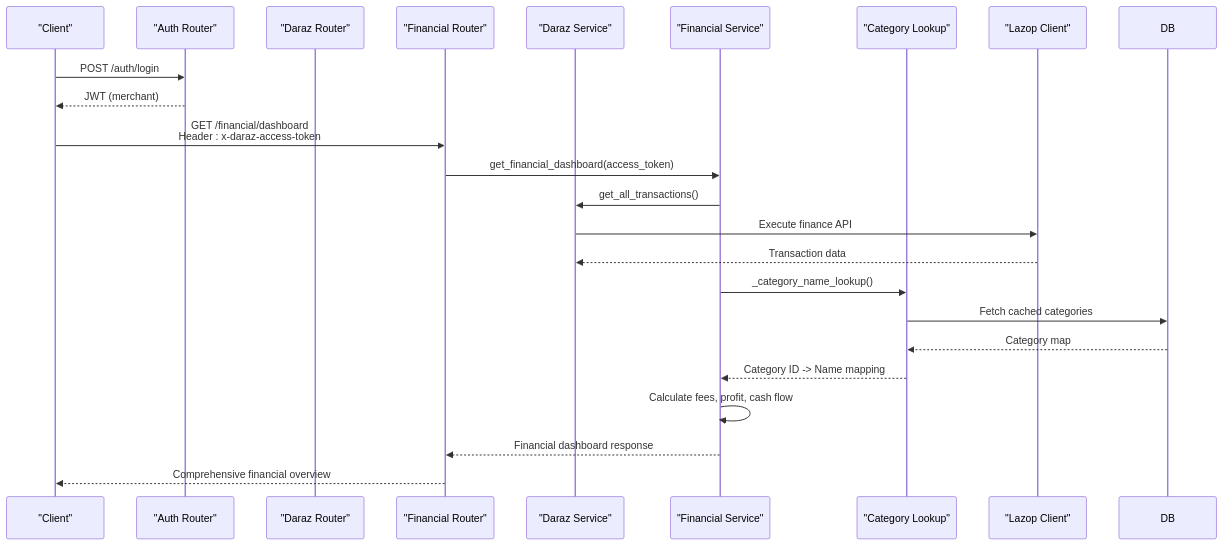
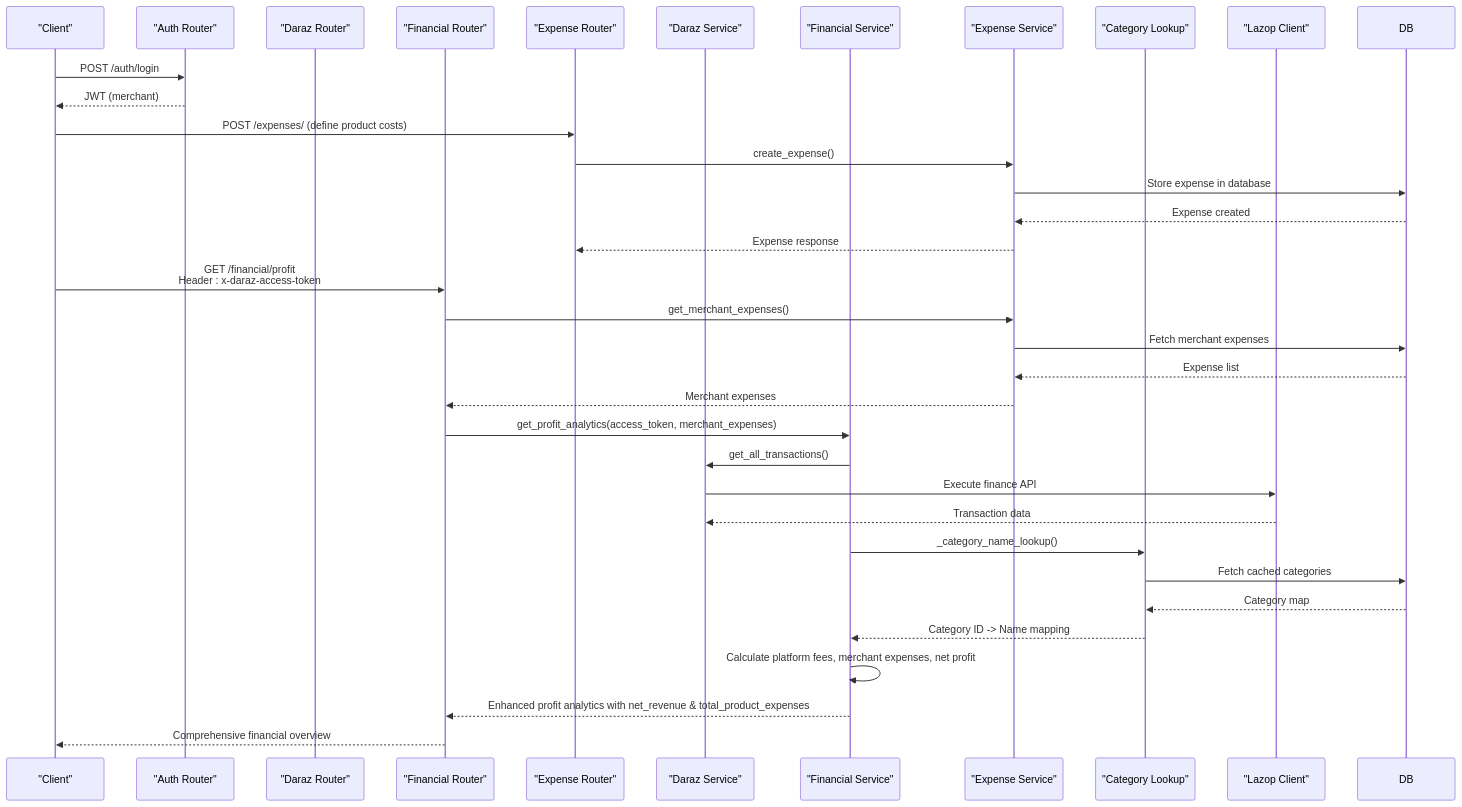
The second of 8 diagrams in .qoder/repowiki/en/content/API Reference/Marketplace Integration API/Daraz Integration API.md (Muhammad-Masood/tijarah-ai-backend), drawn with Mermaid before and after one commit. The commit also changed other lines of this file and 27 other files, not shown here.

````diff
--- a/.qoder/repowiki/en/content/API Reference/Marketplace Integration API/Daraz Integration API.md
+++ b/.qoder/repowiki/en/content/API Reference/Marketplace Integration API/Daraz Integration API.md
@@ -157,25 +177,36 @@
 ```mermaid
 sequenceDiagram
 participant C as "Client"
 participant A as "Auth Router"
 participant D as "Daraz Router"
 participant F as "Financial Router"
+participant E as "Expense Router"
 participant S as "Daraz Service"
 participant FS as "Financial Service"
+participant ES as "Expense Service"
 participant CL as "Category Lookup"
 participant L as "Lazop Client"
 C->>A : POST /auth/login
 A-->>C : JWT (merchant)
-C->>F : GET /financial/dashboard<br/>Header : x-daraz-access-token
-F->>FS : get_financial_dashboard(access_token)
+C->>E : POST /expenses/ (define product costs)
+E->>ES : create_expense()
+ES->>DB : Store expense in database
+DB-->>ES : Expense created
+ES-->>E : Expense response
+C->>F : GET /financial/profit<br/>Header : x-daraz-access-token
+F->>ES : get_merchant_expenses()
+ES->>DB : Fetch merchant expenses
+DB-->>ES : Expense list
+ES-->>F : Merchant expenses
+F->>FS : get_profit_analytics(access_token, merchant_expenses)
 FS->>S : get_all_transactions()
 S->>L : Execute finance API
 L-->>S : Transaction data
 FS->>CL : _category_name_lookup()
 CL->>DB : Fetch cached categories
 DB-->>CL : Category map
 CL-->>FS : Category ID -> Name mapping
-FS->>FS : Calculate fees, profit, cash flow
-FS-->>F : Financial dashboard response
+FS->>FS : Calculate platform fees, merchant expenses, net profit
+FS-->>F : Enhanced profit analytics with net_revenue & total_product_expenses
 F-->>C : Comprehensive financial overview
 ```
````
